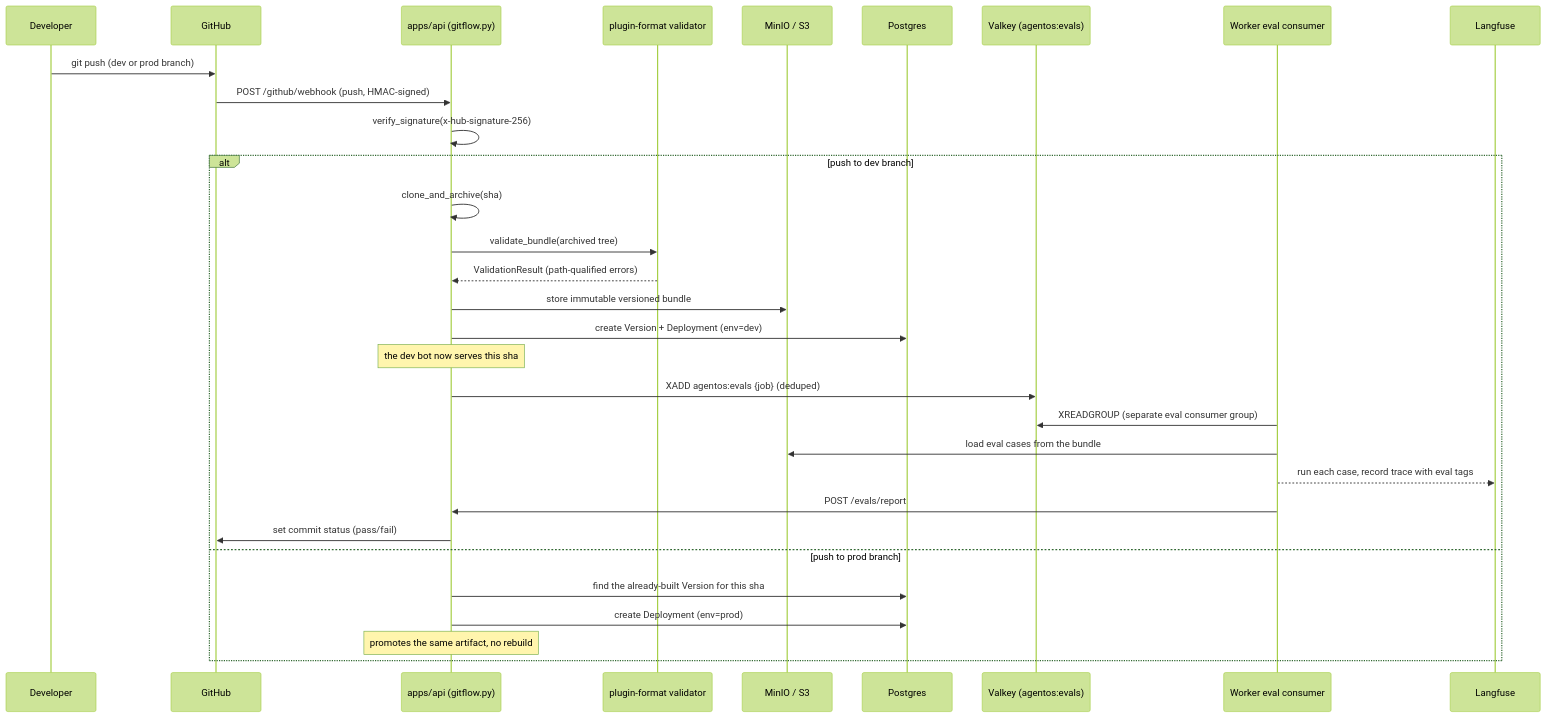
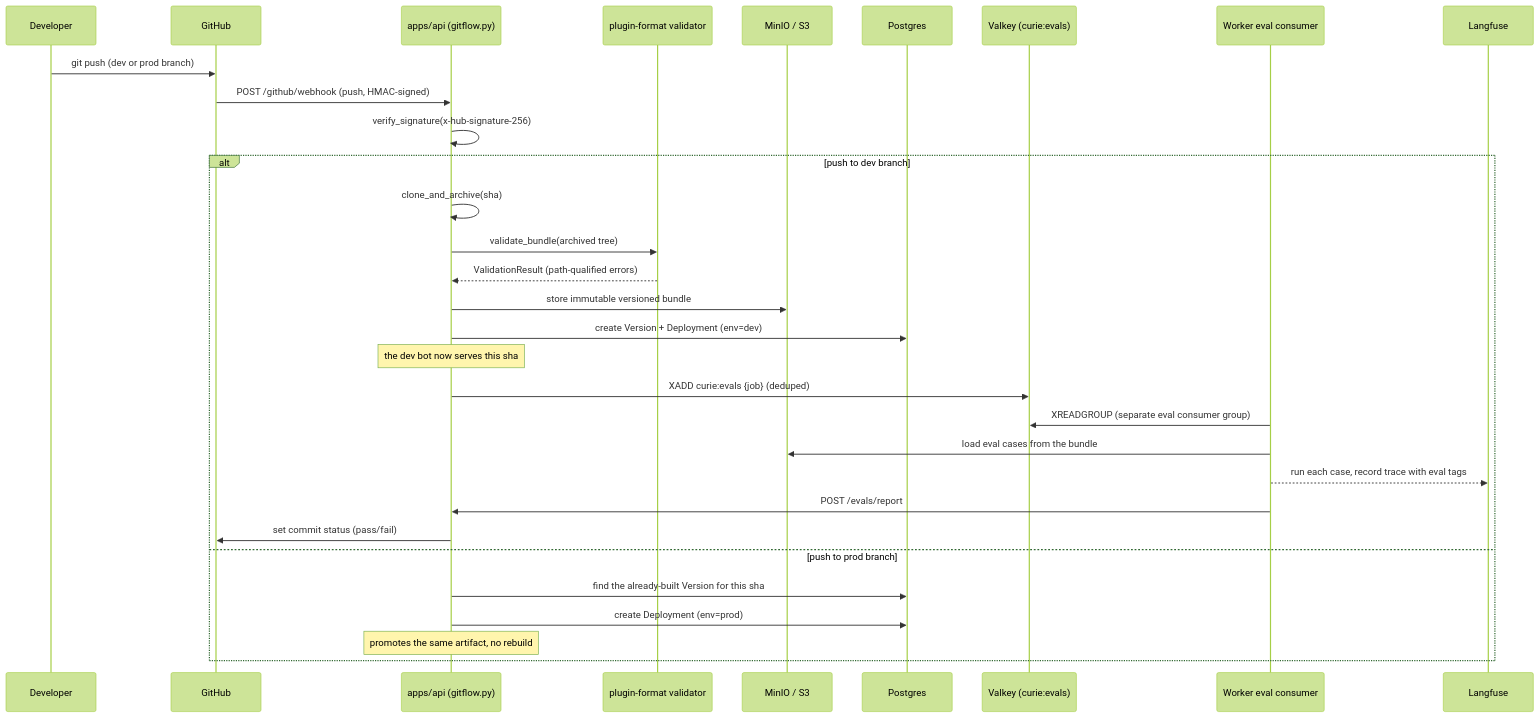
One commit to coinleftt/curie changed the third of 3 diagrams in ARCHITECTURE.md. Above: the diagram before and after it, drawn with Mermaid (forest theme). The commit also changed other lines of this file and 840 other files, not shown here.

````diff
--- a/ARCHITECTURE.md
+++ b/ARCHITECTURE.md
@@ -329,34 +329,34 @@
 ```mermaid
 sequenceDiagram
     participant Dev as Developer
     participant GH as GitHub
     participant API as apps/api (gitflow.py)
     participant PF as plugin-format validator
     participant S3 as MinIO / S3
     participant PG as Postgres
-    participant V as Valkey (agentos:evals)
+    participant V as Valkey (curie:evals)
     participant W as Worker eval consumer
     participant LF as Langfuse
 
     Dev->>GH: git push (dev or prod branch)
     GH->>API: POST /github/webhook (push, HMAC-signed)
     API->>API: verify_signature(x-hub-signature-256)
     alt push to dev branch
         API->>API: clone_and_archive(sha)
         API->>PF: validate_bundle(archived tree)
         PF-->>API: ValidationResult (path-qualified errors)
         API->>S3: store immutable versioned bundle
         API->>PG: create Version + Deployment (env=dev)
         Note over API: the dev bot now serves this sha
-        API->>V: XADD agentos:evals {job} (deduped)
+        API->>V: XADD curie:evals {job} (deduped)
         W->>V: XREADGROUP (separate eval consumer group)
         W->>S3: load eval cases from the bundle
         W-->>LF: run each case, record trace with eval tags
         W->>API: POST /evals/report
         API->>GH: set commit status (pass/fail)
     else push to prod branch
         API->>PG: find the already-built Version for this sha
         API->>PG: create Deployment (env=prod)
         Note over API: promotes the same artifact, no rebuild
     end
 ```
````
